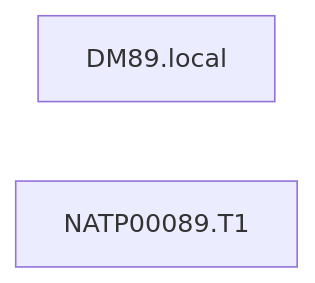
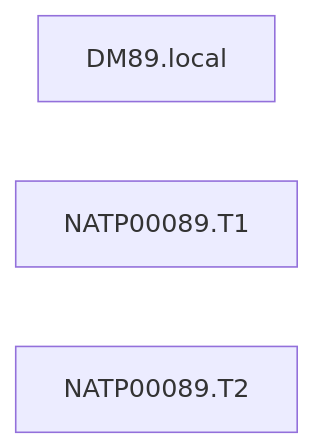
Before and after one commit to arivero/newtonlean: the fourth of 8 diagrams in research/graphs.md, drawn with Mermaid. The commit also changed other lines of this file and 21 other files, not shown here.

````diff
--- a/research/graphs.md
+++ b/research/graphs.md
@@ -101,5 +140,6 @@
 ```mermaid
 flowchart LR
   n0["DM89.local"]
   n20["NATP00089.T1"]
+  n52["NATP00089.T2"]
 ```
````
